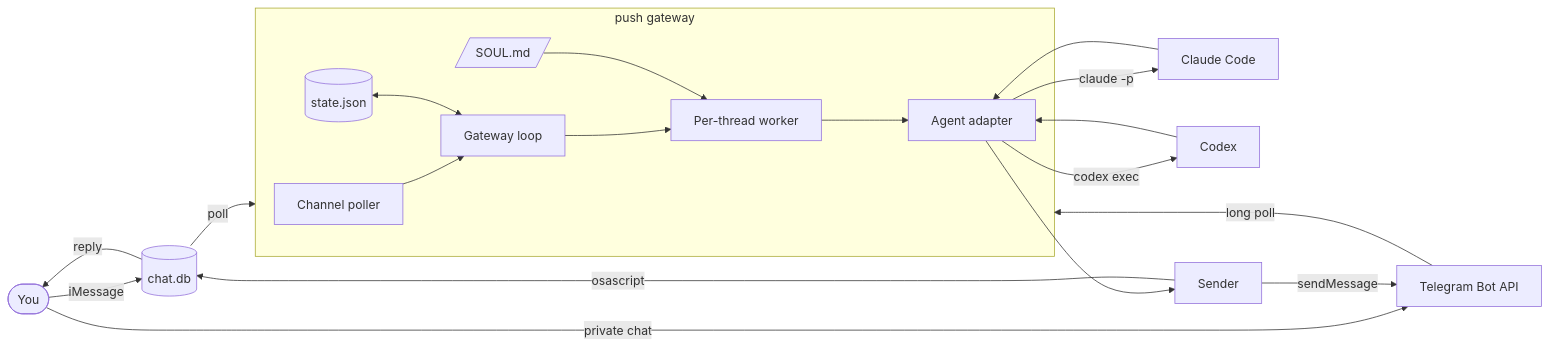
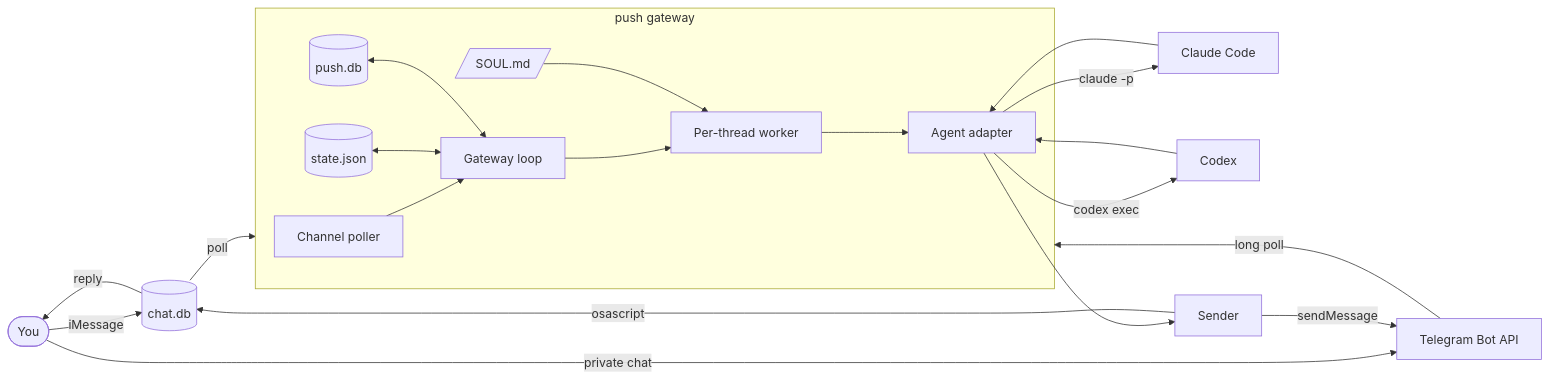
Before and after one commit to owainlewis/push: the first of 2 diagrams in docs/architecture.md, drawn with Mermaid. The commit also changed other lines of this file and 11 other files, not shown here.

````diff
--- a/docs/architecture.md
+++ b/docs/architecture.md
@@ -55,22 +56,23 @@
 ```mermaid
 flowchart LR
     user([You]) -->|iMessage| db[(chat.db)]
     user -->|private chat| tg[Telegram Bot API]
     db -->|poll| push
     tg -->|long poll| push
     subgraph push[push gateway]
         poller[Channel poller] --> gateway[Gateway loop]
         gateway --> worker[Per-thread worker]
         store[(state.json)] <--> gateway
+        history[(push.db)] <--> gateway
         soul[/SOUL.md/] --> worker
         worker --> adapter[Agent adapter]
     end
     adapter -->|claude -p| claude[Claude Code]
     adapter -->|codex exec| codex[Codex]
     claude --> adapter
     codex --> adapter
     adapter --> sender[Sender]
     sender -->|osascript| db
     sender -->|sendMessage| tg
     db -->|reply| user
 ```
````
